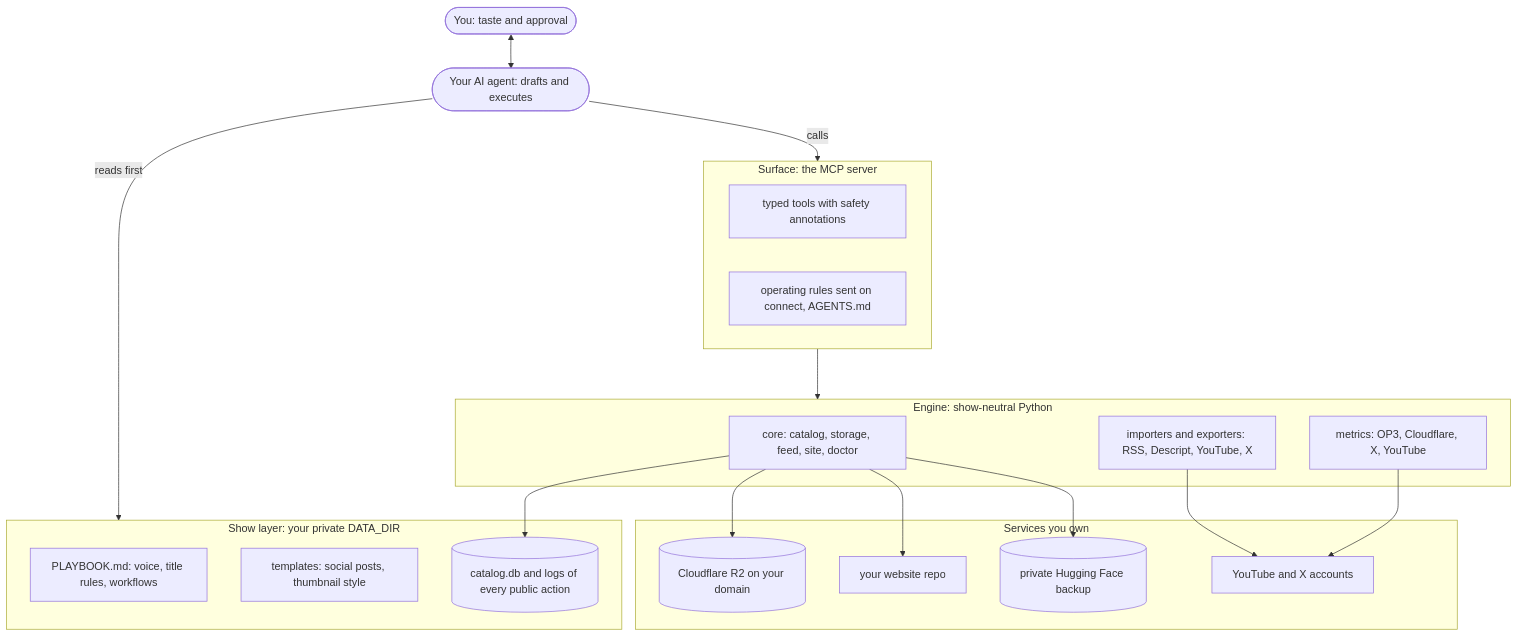
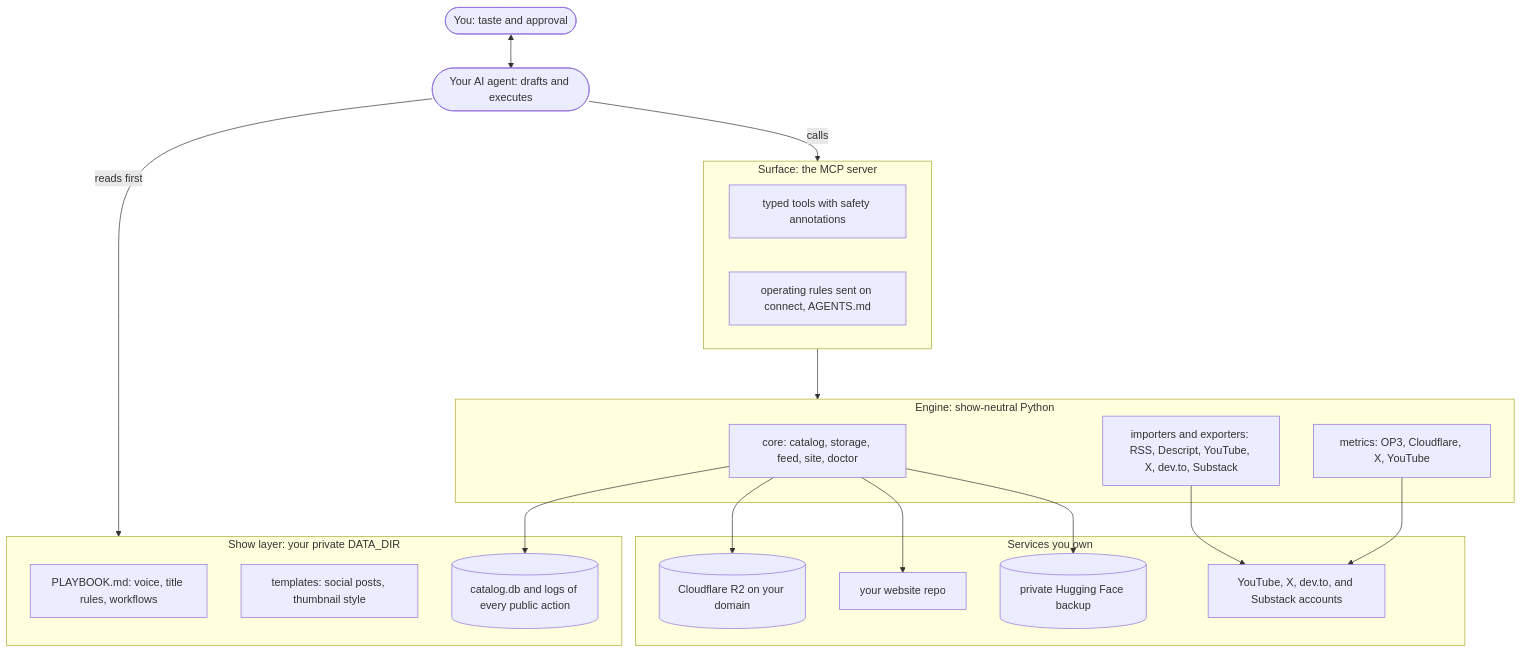
Before and after one commit to harpreetsahota204/podcast_server: the second of 4 diagrams in README.md, drawn with Mermaid. The commit also changed other lines of this file and 19 other files, not shown here.

````diff
--- a/README.md
+++ b/README.md
@@ -79,38 +79,38 @@
 ```mermaid
 flowchart TB
     YOU([You: taste and approval]) <--> AGENT([Your AI agent: drafts and executes])
     AGENT -->|reads first| SHOW
     AGENT -->|calls| SURFACE
 
     subgraph SHOW["Show layer: your private DATA_DIR"]
         PB[PLAYBOOK.md: voice, title rules, workflows]
         TPL[templates: social posts, thumbnail style]
         CAT[(catalog.db and logs of every public action)]
     end
 
     subgraph SURFACE["Surface: the MCP server"]
         TOOLS[typed tools with safety annotations]
         RULES[operating rules sent on connect, AGENTS.md]
     end
 
     subgraph ENGINE["Engine: show-neutral Python"]
         CORE[core: catalog, storage, feed, site, doctor]
-        IO[importers and exporters: RSS, Descript, YouTube, X]
+        IO[importers and exporters: RSS, Descript, YouTube, X, dev.to, Substack]
         MET[metrics: OP3, Cloudflare, X, YouTube]
     end
 
     subgraph OWNED["Services you own"]
         R2[(Cloudflare R2 on your domain)]
         WEB[your website repo]
-        PLAT[YouTube and X accounts]
+        PLAT[YouTube, X, dev.to, and Substack accounts]
         HF[(private Hugging Face backup)]
     end
 
     SURFACE --> ENGINE
     CORE --> CAT
     CORE --> R2
     CORE --> WEB
     CORE --> HF
     IO --> PLAT
     MET --> PLAT
 ```
````
